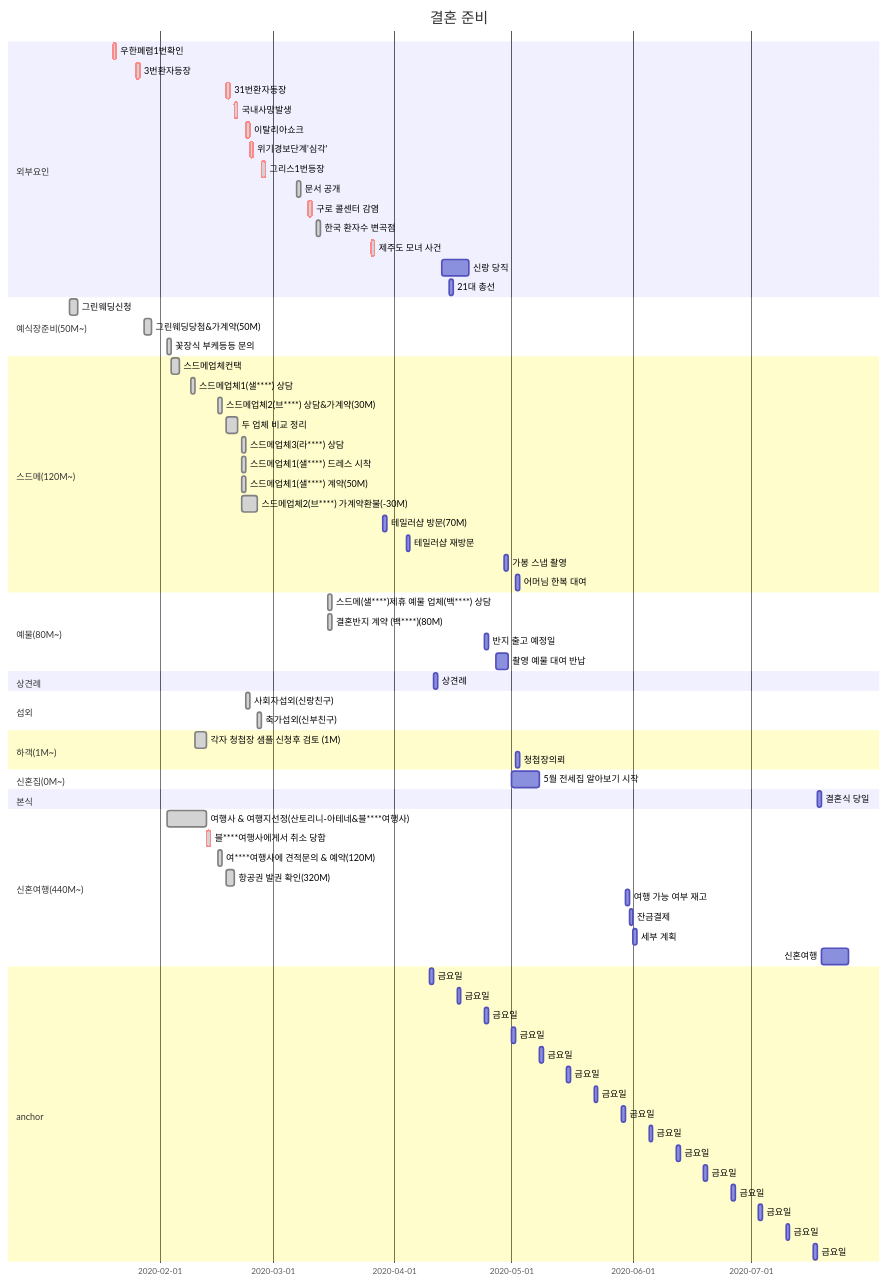
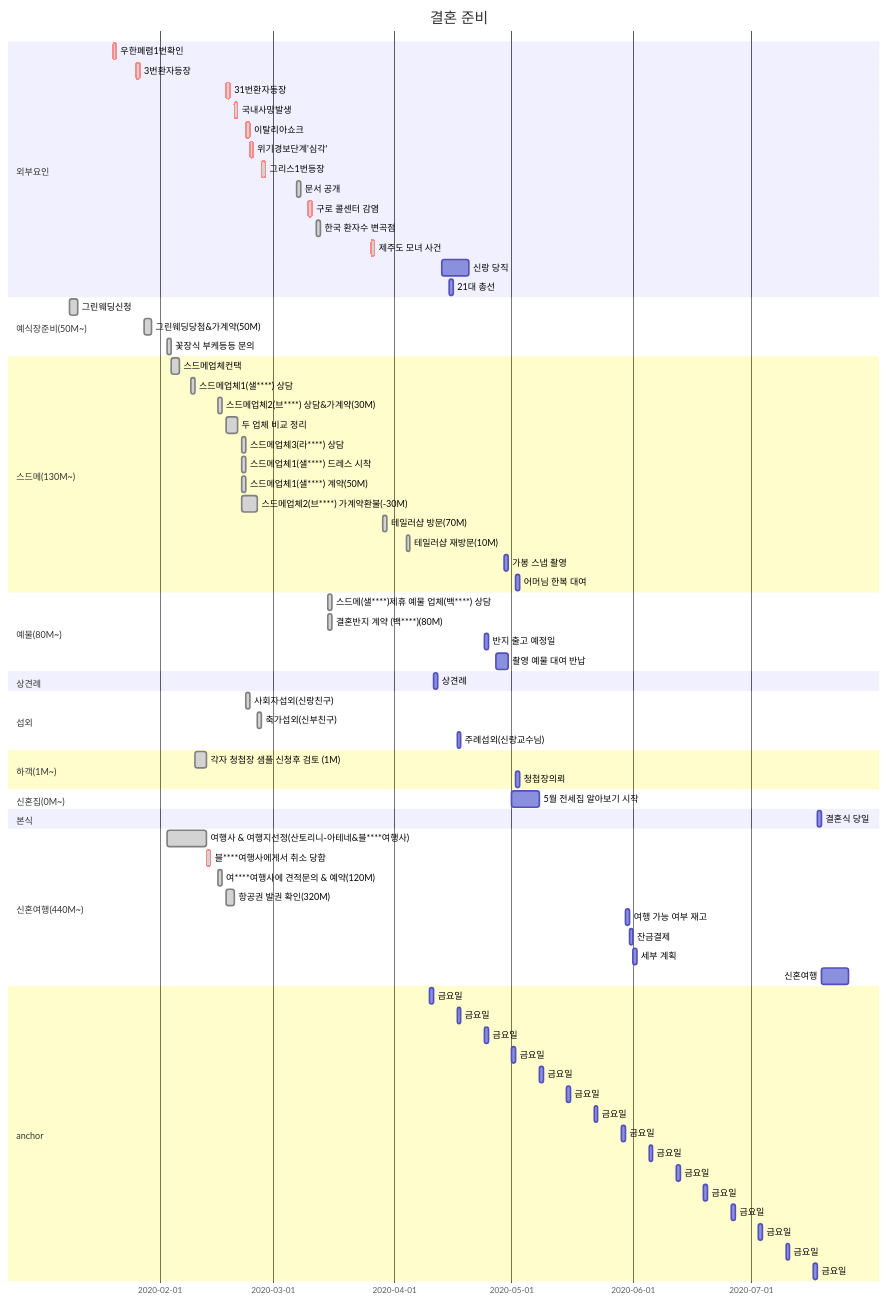
Before and after one commit to rino0601/hjk52knk: the diagram in docs/_static/journal.mmd, drawn with Mermaid. The commit also changed 2 other files, not shown here.

```diff
--- a/docs/_static/journal.mmd
+++ b/docs/_static/journal.mmd
@@ -1,87 +1,88 @@
 gantt
   title 결혼 준비
   dateFormat  YYYY-MM-DD
 
   section 외부요인
     우한폐렴1번확인: done, crit, 2020-01-20, 1d
     3번환자등장: done, crit, 2020-01-26, 1d
     31번환자등장: done, crit, 2020-02-18, 1d
     국내사망발생: done, crit, 2020-02-20, 1d
     이탈리아쇼크: done, crit, 2020-02-23, 1d
     위기경보단계'심각': done, crit, 2020-02-24, 1d
     그리스1번등장: done, crit, 2020-02-27, 1d
     문서 공개: done, 2020-03-07, 1d
     구로 콜센터 감염: done, crit, 2020-03-10, 1d
     한국 환자수 변곡점: done, 2020-03-12, 1d
     제주도 모녀 사건: done, crit, 2020-03-26, 1d
     신랑 당직: 2020-04-13, 2020-04-20
     21대 총선: 2020-04-15, 1d
 
   section 예식장준비(50M~)
     그린웨딩신청: done, 2020-01-09, 2d
     그린웨딩당첨&가계약(50M): done, 2020-01-28, 2d
     꽃장식 부케등등 문의: done, 2020-02-03, 1d
 
-  section 스드메(120M~)
+  section 스드메(130M~)
     스드메업체컨택: done, 2020-02-04, 2d
     스드메업체1(샐****) 상담: done, 2020-02-09, 1d
     스드메업체2(브****) 상담&가계약(30M): done, 2020-02-16, 1d
     두 업체 비교 정리: done, 2020-02-18, 2020-02-21
     스드메업체3(라****) 상담: done, 2020-02-22, 1d
     스드메업체1(샐****) 드레스 시착: done, 2020-02-22, 1d
     스드메업체1(샐****) 계약(50M): done, 2020-02-22, 1d
     스드메업체2(브****) 가계약환불(-30M): done, 2020-02-22, 2020-02-26
-    테일러샵 방문(70M): 2020-03-29, 1d
-    테일러샵 재방문: 2020-04-04, 1d
+    테일러샵 방문(70M): done, 2020-03-29, 1d
+    테일러샵 재방문(10M): done, 2020-04-04, 1d
     가봉 스냅 촬영: 2020-04-29, 1d
     어머님 한복 대여: 2020-05-02, 1d
 
   section 예물(80M~)
     스드메(샐****)제휴 예물 업체(백****) 상담: done, 2020-03-15, 1d
     결혼반지 계약 (백****)(80M): done, 2020-03-15, 1d
     반지 출고 예정일: 2020-04-24, 1d
     촬영 예물 대여 반납: 2020-04-27, 2020-04-30
 
   section 상견례
     상견례: 2020-04-11, 1d
 
   section 섭외
     사회자섭외(신랑친구): done, 2020-02-23, 1d
     축가섭외(신부친구): done, 2020-02-26, 1d
+    주례섭외(신랑교수님): 2020-04-17, 1d
 
   section 하객(1M~)
     각자 청첩장 샘플 신청후 검토 (1M): done, 2020-02-10, 2020-02-13
     청첩장의뢰                : after a11, 1d
 
   section 신혼집(0M~)
     5월 전세집 알아보기 시작: 2020-05-01, 7d
 
   section 본식
     결혼식 당일: dday, 2020-07-18  , 1d
 
   section 신혼여행(440M~)
     여행사 & 여행지선정(산토리니-아테네&블****여행사): done, 2020-02-03, 2020-02-13
     블****여행사에게서 취소 당함: done, crit, 2020-02-13, 1d
     여****여행사에 견적문의 & 예약(120M): done, 2020-02-16, 2020-02-17
     항공권 발권 확인(320M): done, 2020-02-18, 2020-02-20
     여행 가능 여부 재고: 2020-05-30, 1d
     잔금결제: 1d
     세부 계획: 1d
     신혼여행: 2020-07-19, 2020-07-26
 
   section anchor
     금요일: a14, 2020-04-10, 1d
     금요일: a13, 2020-04-17, 1d
     금요일: a12, 2020-04-24, 1d
     금요일: a11, 2020-05-01, 1d
     금요일: a10, 2020-05-08, 1d
     금요일: a9, 2020-05-15, 1d
     금요일: a8, 2020-05-22, 1d
     금요일: a7, 2020-05-29, 1d
     금요일: a6, 2020-06-05, 1d
     금요일: a5, 2020-06-12, 1d
     금요일: a4, 2020-06-19, 1d
     금요일: a3, 2020-06-26, 1d
     금요일: a2, 2020-07-03, 1d
     금요일: a1, 2020-07-10, 1d
     금요일: a0, 2020-07-17, 1d
```
